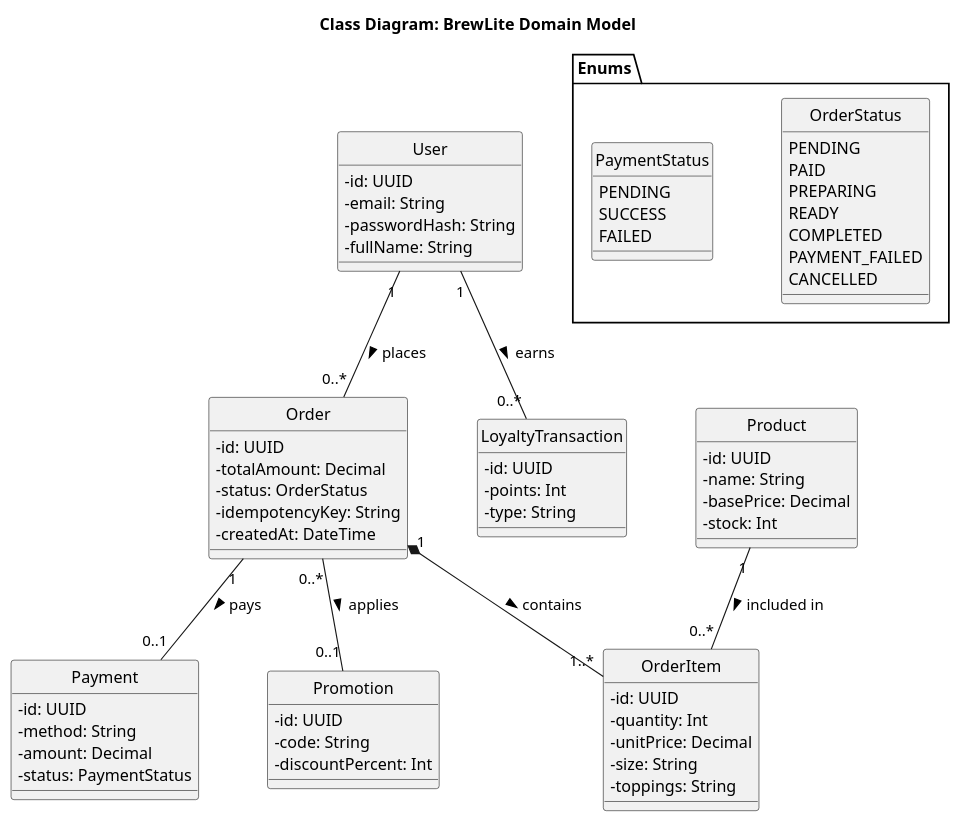
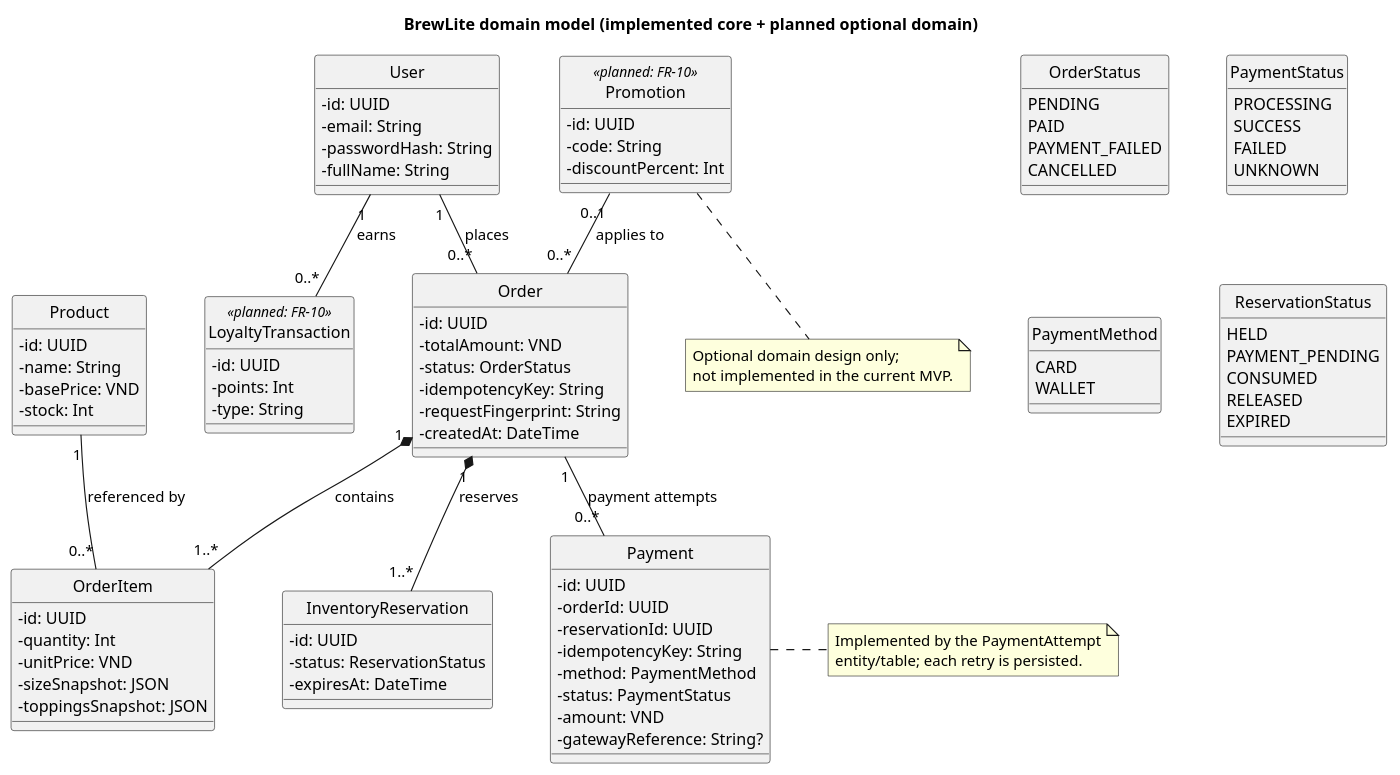
Before and after one commit to nguyentriet2k69-lang/brew-lite2: the diagram in docs/diagrams/class-domain.puml, drawn with PlantUML. The commit also changed 50 other files, not shown here.

Commit message:
feat(assignment2): complete BrewLite delivery package

```diff
--- a/docs/diagrams/class-domain.puml
+++ b/docs/diagrams/class-domain.puml
@@ -1,84 +1,112 @@
 @startuml
 skinparam style strictuml
 skinparam classAttributeIconSize 0
-skinparam nodesep 60
-skinparam ranksep 60
+skinparam nodesep 50
+skinparam ranksep 50
 
-title Class Diagram: BrewLite Domain Model
+title BrewLite domain model (implemented core + planned optional domain)
 
-package "Enums" {
-  enum OrderStatus {
-    PENDING
-    PAID
-    PREPARING
-    READY
-    COMPLETED
-    PAYMENT_FAILED
-    CANCELLED
-  }
+enum OrderStatus {
+  PENDING
+  PAID
+  PAYMENT_FAILED
+  CANCELLED
+}
 
-  enum PaymentStatus {
-    PENDING
-    SUCCESS
-    FAILED
-  }
+enum PaymentStatus {
+  PROCESSING
+  SUCCESS
+  FAILED
+  UNKNOWN
+}
+
+enum PaymentMethod {
+  CARD
+  WALLET
+}
+
+enum ReservationStatus {
+  HELD
+  PAYMENT_PENDING
+  CONSUMED
+  RELEASED
+  EXPIRED
 }
 
 class User {
   - id: UUID
   - email: String
   - passwordHash: String
   - fullName: String
 }
 
 class Product {
   - id: UUID
   - name: String
-  - basePrice: Decimal
+  - basePrice: VND
   - stock: Int
 }
 
 class Order {
   - id: UUID
-  - totalAmount: Decimal
+  - totalAmount: VND
   - status: OrderStatus
   - idempotencyKey: String
+  - requestFingerprint: String
   - createdAt: DateTime
 }
 
 class OrderItem {
   - id: UUID
   - quantity: Int
-  - unitPrice: Decimal
-  - size: String
-  - toppings: String
+  - unitPrice: VND
+  - sizeSnapshot: JSON
+  - toppingsSnapshot: JSON
 }
 
 class Payment {
   - id: UUID
-  - method: String
-  - amount: Decimal
+  - orderId: UUID
+  - reservationId: UUID
+  - idempotencyKey: String
+  - method: PaymentMethod
   - status: PaymentStatus
+  - amount: VND
+  - gatewayReference: String?
 }
 
-class Promotion {
+class InventoryReservation {
+  - id: UUID
+  - status: ReservationStatus
+  - expiresAt: DateTime
+}
+
+class Promotion <<planned: FR-10>> {
   - id: UUID
   - code: String
   - discountPercent: Int
 }
 
-class LoyaltyTransaction {
+class LoyaltyTransaction <<planned: FR-10>> {
   - id: UUID
   - points: Int
   - type: String
 }
 
-' Giữ nguyên mối quan hệ tự động (--) để nó tự sắp xếp mạng nhện cho đẹp
-User "1" -- "0..*" Order : places >
-Order "1" *-- "1..*" OrderItem : contains >
-Product "1" -- "0..*" OrderItem : included in >
-Order "1" -- "0..1" Payment : pays >
-Order "0..*" -- "0..1" Promotion : applies >
-User "1" -- "0..*" LoyaltyTransaction : earns >
+User "1" -- "0..*" Order : places
+Order "1" *-- "1..*" OrderItem : contains
+Product "1" -- "0..*" OrderItem : referenced by
+Order "1" -- "0..*" Payment : payment attempts
+Order "1" *-- "1..*" InventoryReservation : reserves
+User "1" -- "0..*" LoyaltyTransaction : earns
+Promotion "0..1" -- "0..*" Order : applies to
 
+note right of Payment
+  Implemented by the PaymentAttempt
+  entity/table; each retry is persisted.
+end note
+note bottom of Promotion
+  Optional domain design only;
+  not implemented in the current MVP.
+end note
 @enduml
```
